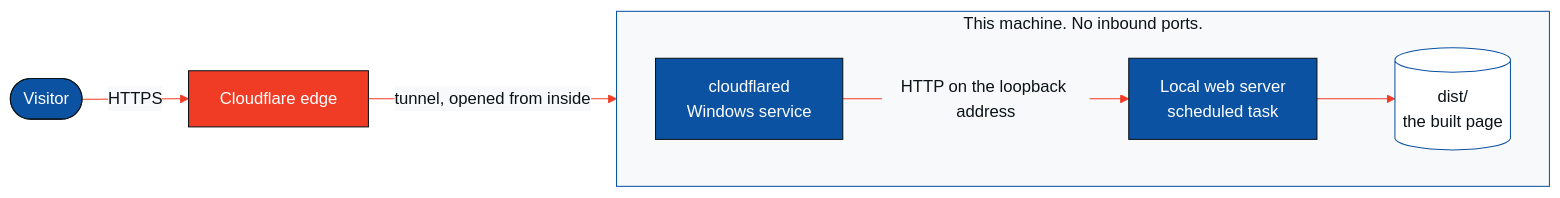
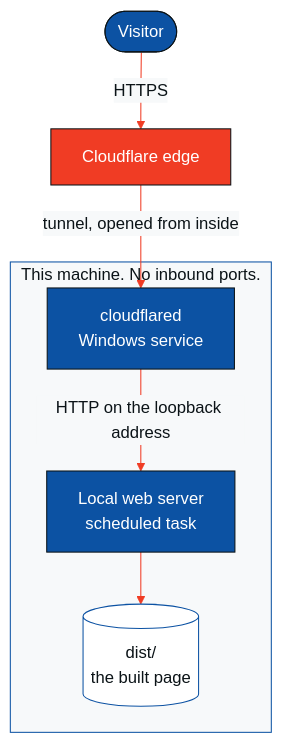
Before and after one commit to aniksarakash/SPSL_DEV_LANDING: the second of 4 diagrams in README.md, drawn with Mermaid. The commit also changed other lines of this file, not shown here.

Commit message:
README: larger text in the serving and edit-to-live diagrams

````diff
--- a/README.md
+++ b/README.md
@@ -106,18 +106,17 @@
 ```mermaid
 %%{init: {"theme":"base","themeVariables":{"primaryColor":"#0C52A3","primaryTextColor":"#0B1317","primaryBorderColor":"#0B1317","lineColor":"#F03C24","secondaryColor":"#F7F9FA","tertiaryColor":"#E9EEF2","edgeLabelBackground":"#F7F9FA","clusterBkg":"#F7F9FA","clusterBorder":"#0C52A3","titleColor":"#0B1317","fontFamily":"Arial, sans-serif"}}}%%
-flowchart LR
+flowchart TD
     V(["Visitor"]) -- "HTTPS" --> E["Cloudflare edge"]
     E -- "tunnel, opened from inside" --> C
 
     subgraph M["This machine. No inbound ports."]
-        direction LR
         C["cloudflared<br/>Windows service"] -- "HTTP on the loopback address" --> S["Local web server<br/>scheduled task"]
         S --> D[("dist/<br/>the built page")]
     end
 
     classDef default fill:#0C52A3,stroke:#0B1317,color:#FFFFFF
     classDef red fill:#F03C24,stroke:#0B1317,color:#FFFFFF
     classDef paper fill:#FFFFFF,stroke:#0C52A3,color:#0B1317
     class E red
     class D paper
 ```
````
